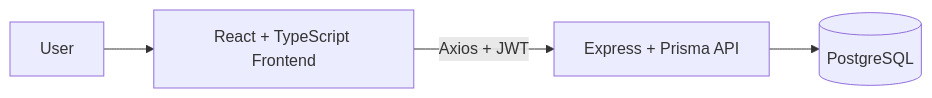
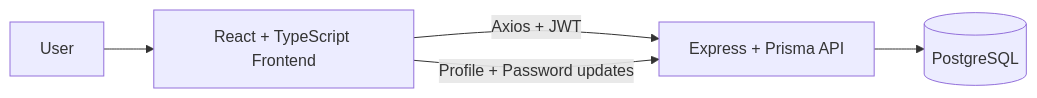
The first of 6 diagrams in README.md (Arbab-ofc/DashFlow), drawn with Mermaid before and after one commit. The commit also changed other lines of this file, not shown here.

Commit message:
Update diagrams for profile/password flow

````diff
--- a/README.md
+++ b/README.md
@@ -60,6 +60,7 @@
 ```mermaid
 flowchart LR
   U[User] --> FE[React + TypeScript Frontend]
   FE -->|Axios + JWT| BE[Express + Prisma API]
   BE --> DB[(PostgreSQL)]
+  FE -->|Profile + Password updates| BE
 ```
````
